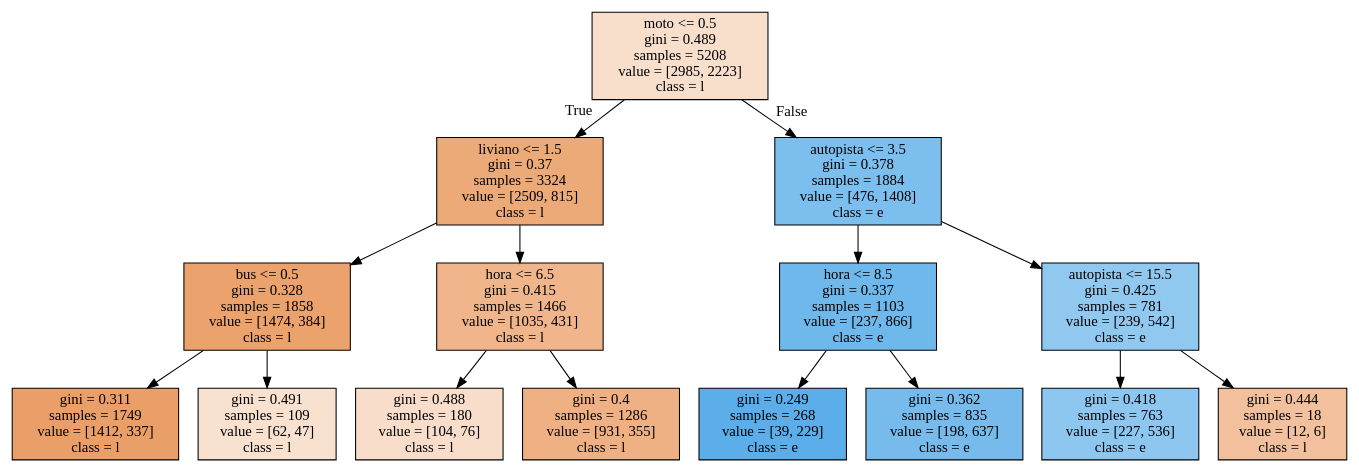
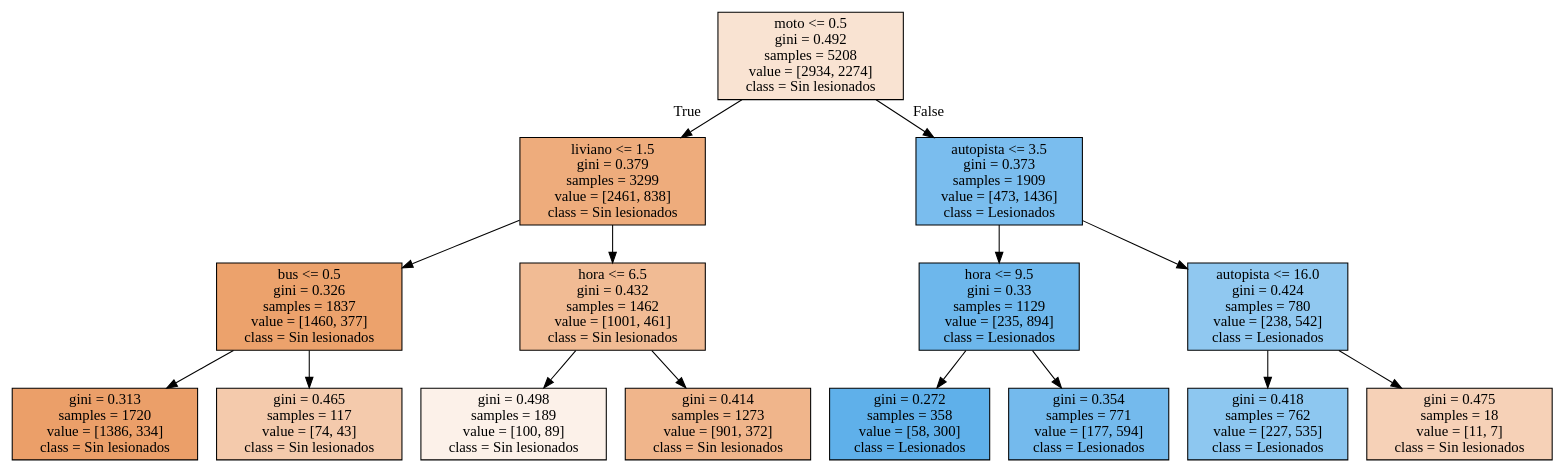
The diagram in lesionados.dot (alexsem/Control-De-Transito), drawn with Graphviz before and after one commit. The commit also changed 3 other files, not shown here.

```diff
--- a/lesionados.dot
+++ b/lesionados.dot
@@ -1,32 +1,32 @@
 digraph Tree {
 node [shape=box, style="filled", color="black"] ;
-0 [label="moto <= 0.5\ngini = 0.489\nsamples = 5208\nvalue = [2985, 2223]\nclass = l", fillcolor="#f8dfcc"] ;
-1 [label="liviano <= 1.5\ngini = 0.37\nsamples = 3324\nvalue = [2509, 815]\nclass = l", fillcolor="#edaa79"] ;
+0 [label="moto <= 0.5\ngini = 0.492\nsamples = 5208\nvalue = [2934, 2274]\nclass = Sin lesionados", fillcolor="#f9e3d2"] ;
+1 [label="liviano <= 1.5\ngini = 0.379\nsamples = 3299\nvalue = [2461, 838]\nclass = Sin lesionados", fillcolor="#eeac7c"] ;
 0 -> 1 [labeldistance=2.5, labelangle=45, headlabel="True"] ;
-2 [label="bus <= 0.5\ngini = 0.328\nsamples = 1858\nvalue = [1474, 384]\nclass = l", fillcolor="#eca26d"] ;
+2 [label="bus <= 0.5\ngini = 0.326\nsamples = 1837\nvalue = [1460, 377]\nclass = Sin lesionados", fillcolor="#eca26c"] ;
 1 -> 2 ;
-3 [label="gini = 0.311\nsamples = 1749\nvalue = [1412, 337]\nclass = l", fillcolor="#eb9f68"] ;
+3 [label="gini = 0.313\nsamples = 1720\nvalue = [1386, 334]\nclass = Sin lesionados", fillcolor="#eb9f69"] ;
 2 -> 3 ;
-4 [label="gini = 0.491\nsamples = 109\nvalue = [62, 47]\nclass = l", fillcolor="#f9e1cf"] ;
+4 [label="gini = 0.465\nsamples = 117\nvalue = [74, 43]\nclass = Sin lesionados", fillcolor="#f4caac"] ;
 2 -> 4 ;
-5 [label="hora <= 6.5\ngini = 0.415\nsamples = 1466\nvalue = [1035, 431]\nclass = l", fillcolor="#f0b58b"] ;
+5 [label="hora <= 6.5\ngini = 0.432\nsamples = 1462\nvalue = [1001, 461]\nclass = Sin lesionados", fillcolor="#f1bb94"] ;
 1 -> 5 ;
-6 [label="gini = 0.488\nsamples = 180\nvalue = [104, 76]\nclass = l", fillcolor="#f8ddca"] ;
+6 [label="gini = 0.498\nsamples = 189\nvalue = [100, 89]\nclass = Sin lesionados", fillcolor="#fcf1e9"] ;
 5 -> 6 ;
-7 [label="gini = 0.4\nsamples = 1286\nvalue = [931, 355]\nclass = l", fillcolor="#efb184"] ;
+7 [label="gini = 0.414\nsamples = 1273\nvalue = [901, 372]\nclass = Sin lesionados", fillcolor="#f0b58b"] ;
 5 -> 7 ;
-8 [label="autopista <= 3.5\ngini = 0.378\nsamples = 1884\nvalue = [476, 1408]\nclass = e", fillcolor="#7cbeee"] ;
+8 [label="autopista <= 3.5\ngini = 0.373\nsamples = 1909\nvalue = [473, 1436]\nclass = Lesionados", fillcolor="#7abdee"] ;
 0 -> 8 [labeldistance=2.5, labelangle=-45, headlabel="False"] ;
-9 [label="hora <= 8.5\ngini = 0.337\nsamples = 1103\nvalue = [237, 866]\nclass = e", fillcolor="#6fb8ec"] ;
+9 [label="hora <= 9.5\ngini = 0.33\nsamples = 1129\nvalue = [235, 894]\nclass = Lesionados", fillcolor="#6db7ec"] ;
 8 -> 9 ;
-10 [label="gini = 0.249\nsamples = 268\nvalue = [39, 229]\nclass = e", fillcolor="#5baee9"] ;
+10 [label="gini = 0.272\nsamples = 358\nvalue = [58, 300]\nclass = Lesionados", fillcolor="#5fb0ea"] ;
 9 -> 10 ;
-11 [label="gini = 0.362\nsamples = 835\nvalue = [198, 637]\nclass = e", fillcolor="#77bbed"] ;
+11 [label="gini = 0.354\nsamples = 771\nvalue = [177, 594]\nclass = Lesionados", fillcolor="#74baed"] ;
 9 -> 11 ;
-12 [label="autopista <= 15.5\ngini = 0.425\nsamples = 781\nvalue = [239, 542]\nclass = e", fillcolor="#90c8f0"] ;
+12 [label="autopista <= 16.0\ngini = 0.424\nsamples = 780\nvalue = [238, 542]\nclass = Lesionados", fillcolor="#90c8f0"] ;
 8 -> 12 ;
-13 [label="gini = 0.418\nsamples = 763\nvalue = [227, 536]\nclass = e", fillcolor="#8dc7f0"] ;
+13 [label="gini = 0.418\nsamples = 762\nvalue = [227, 535]\nclass = Lesionados", fillcolor="#8dc7f0"] ;
 12 -> 13 ;
-14 [label="gini = 0.444\nsamples = 18\nvalue = [12, 6]\nclass = l", fillcolor="#f2c09c"] ;
+14 [label="gini = 0.475\nsamples = 18\nvalue = [11, 7]\nclass = Sin lesionados", fillcolor="#f6d1b7"] ;
 12 -> 14 ;
 }
```
